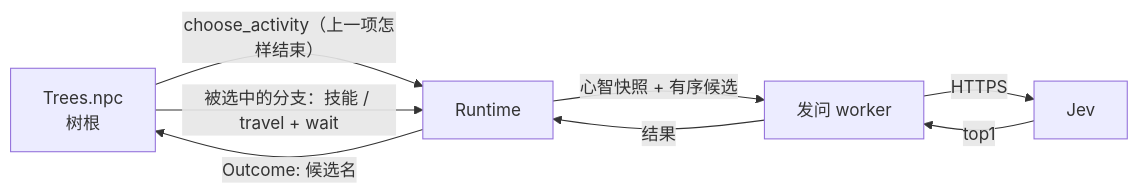
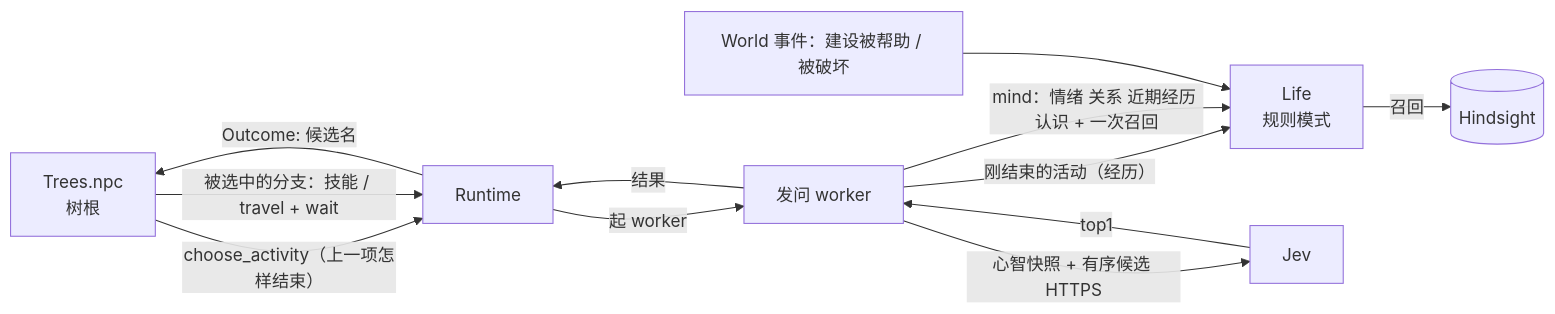
The second of 4 diagrams in apps/npc_server/lib/npc_server/README.md (dyzdyz010/ex_mmo_cluster), drawn with Mermaid before and after one commit. The commit also changed other lines of this file and 11 other files, not shown here.

````diff
--- a/apps/npc_server/lib/npc_server/README.md
+++ b/apps/npc_server/lib/npc_server/README.md
@@ -375,8 +379,13 @@
 ```mermaid
 flowchart LR
   T[Trees.npc<br/>树根] -- choose_activity（上一项怎样结束） --> R[Runtime]
-  R -- 心智快照 + 有序候选 --> W[发问 worker] -- HTTPS --> J[Jev]
+  R -- 起 worker --> W[发问 worker]
+  W -- 刚结束的活动（经历）--> L[Life<br/>规则模式]
+  W -- mind：情绪 关系 近期经历 认识 + 一次召回 --> L
+  L -- 召回 --> H[(Hindsight)]
+  W -- 心智快照 + 有序候选 HTTPS --> J[Jev]
   J -- top1 --> W -- 结果 --> R
   R -- Outcome: 候选名 --> T
   T -- 被选中的分支：技能 / travel + wait --> R
+  World[World 事件：建设被帮助 / 被破坏] --> L
 ```
````
